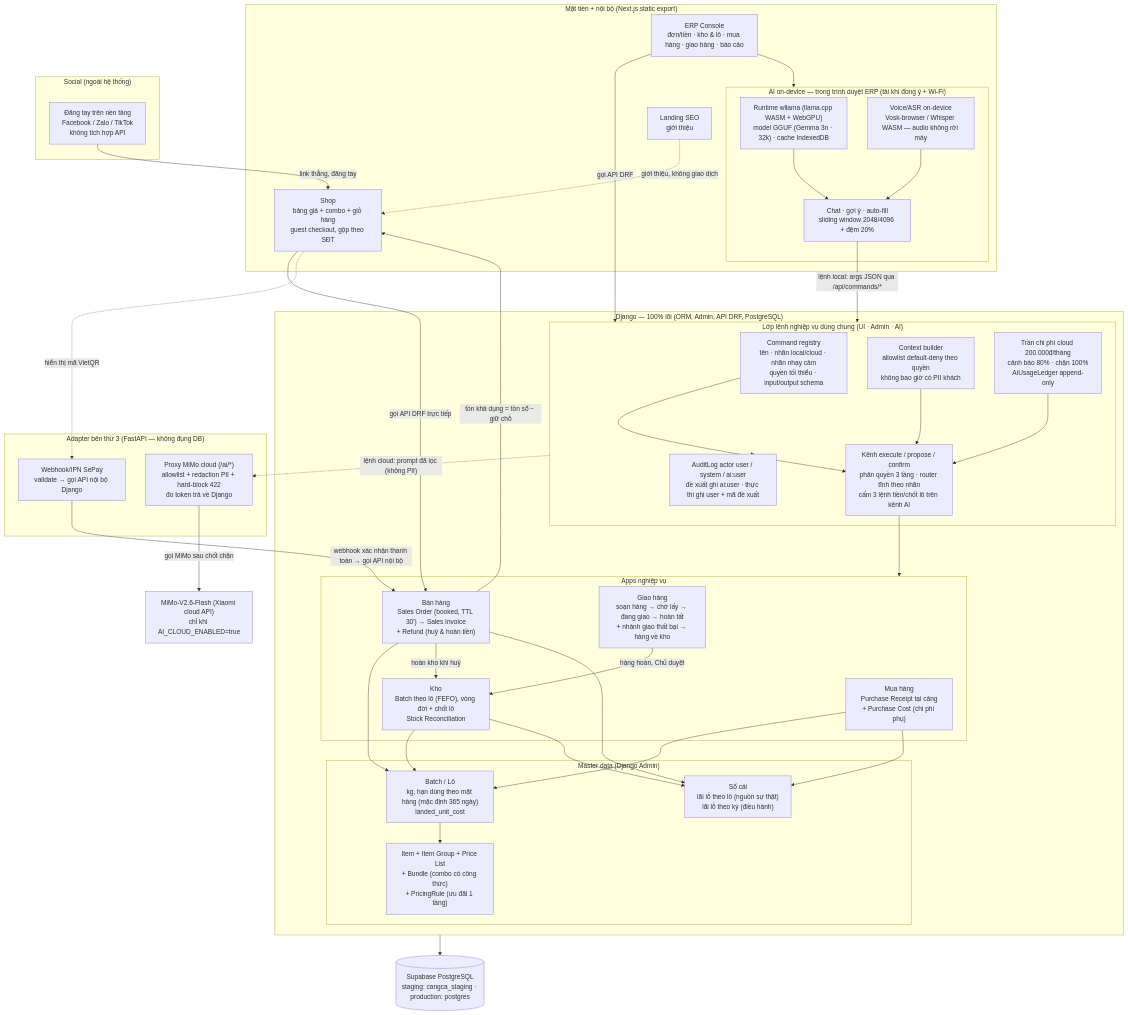
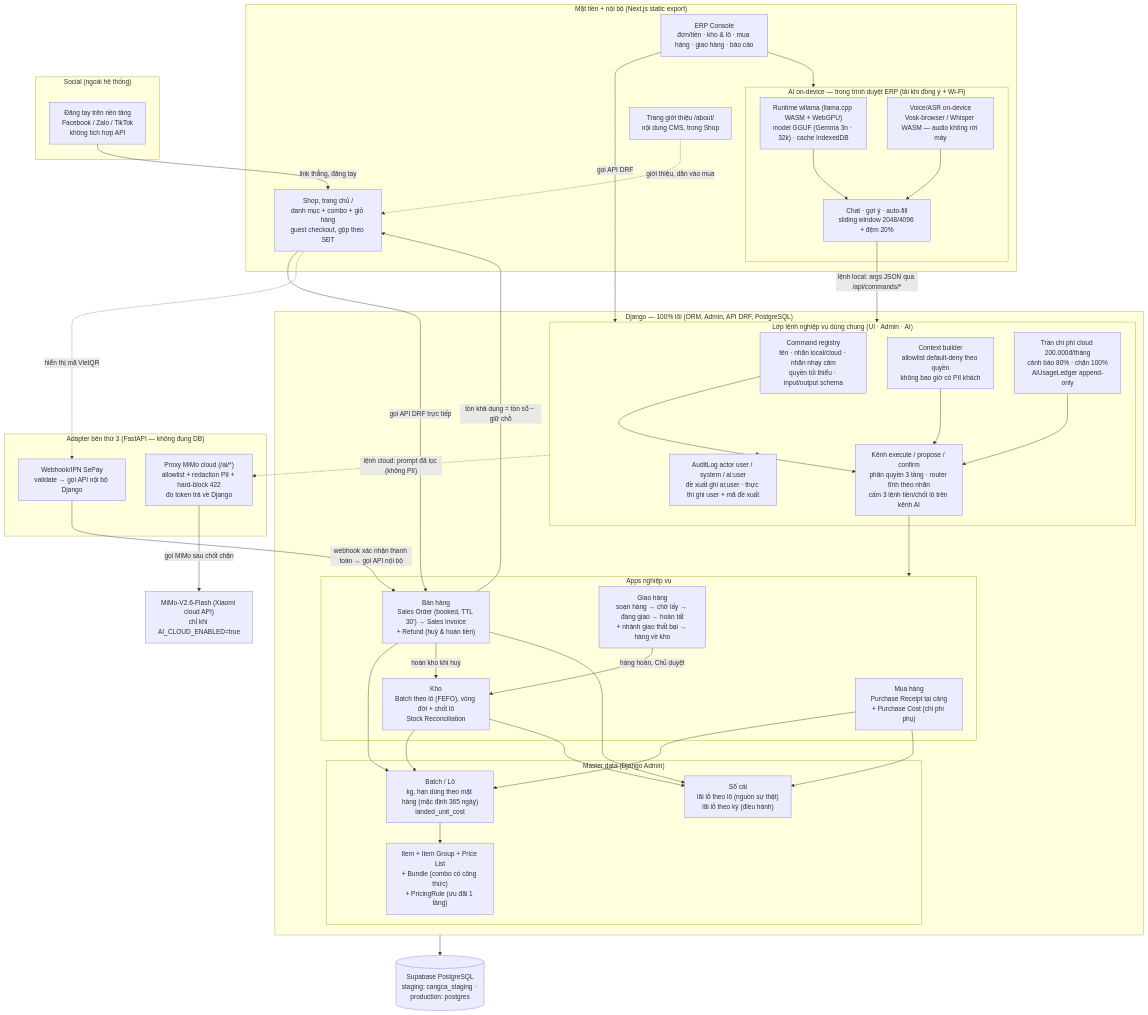
One commit to DuyduyFedev46/fish changed the diagram in doc/ecosystem-l1.md. Above: the diagram before and after it, drawn with Mermaid. The commit also changed other lines of this file and 86 other files, not shown here.

First line of the commit message:
doc: sửa tài liệu legacy theo rà soát 11/10 (94 mục)

````diff
--- a/doc/ecosystem-l1.md
+++ b/doc/ecosystem-l1.md
@@ -7,78 +9,78 @@
 ```mermaid
 flowchart TB
     subgraph FRONT["Mặt tiền + nội bộ (Next.js static export)"]
-        LANDING["Landing SEO<br/>giới thiệu"]
-        SHOP["Shop<br/>bảng giá + combo + giỏ hàng<br/>guest checkout, gộp theo SĐT"]
+        LANDING["Trang giới thiệu /about/<br/>nội dung CMS, trong Shop"]
+        SHOP["Shop, trang chủ /<br/>danh mục + combo + giỏ hàng<br/>guest checkout, gộp theo SĐT"]
         ERP["ERP Console<br/>đơn/tiền · kho & lô · mua hàng · giao hàng · báo cáo"]
         subgraph AIONDEV["AI on-device — trong trình duyệt ERP (tải khi đồng ý + Wi-Fi)"]
             WLLAMA["Runtime wllama (llama.cpp WASM + WebGPU)<br/>model GGUF (Gemma 3n · 32k) · cache IndexedDB"]
             ASR["Voice/ASR on-device<br/>Vosk-browser / Whisper WASM — audio không rời máy"]
             CHAT["Chat · gợi ý · auto-fill<br/>sliding window 2048/4096 + đệm 20%"]
         end
     end
 
     subgraph SOC["Social (ngoài hệ thống)"]
         SOCIAL["Đăng tay trên nền tảng<br/>Facebook / Zalo / TikTok<br/>không tích hợp API"]
     end
 
     subgraph ADAPTER["Adapter bên thứ 3 (FastAPI — không đụng DB)"]
         SEPAY["Webhook/IPN SePay<br/>validate → gọi API nội bộ Django"]
         MIMOPROXY["Proxy MiMo cloud (/ai/*)<br/>allowlist + redaction PII + hard-block 422<br/>đo token trả về Django"]
     end
 
     subgraph CORE["Django — 100% lõi (ORM, Admin, API DRF, PostgreSQL)"]
         subgraph CMDS["Lớp lệnh nghiệp vụ dùng chung (UI · Admin · AI)"]
             REG["Command registry<br/>tên · nhãn local/cloud · nhãn nhạy cảm<br/>quyền tối thiểu · input/output schema"]
             EXEC["Kênh execute / propose / confirm<br/>phân quyền 3 tầng · router tĩnh theo nhãn<br/>cấm 3 lệnh tiền/chốt lô trên kênh AI"]
             CTX["Context builder<br/>allowlist default-deny theo quyền<br/>không bao giờ có PII khách"]
             BUDGET["Trần chi phí cloud 200.000đ/tháng<br/>cảnh báo 80% · chặn 100%<br/>AiUsageLedger append-only"]
             AUDIT["AuditLog actor user / system / ai:user<br/>đề xuất ghi ai:user · thực thi ghi user + mã đề xuất"]
         end
         subgraph APPS["Apps nghiệp vụ"]
             MUA["Mua hàng<br/>Purchase Receipt tại cảng<br/>+ Purchase Cost (chi phí phụ)"]
             BAN["Bán hàng<br/>Sales Order (booked, TTL 30') → Sales Invoice<br/>+ Refund (huỷ & hoàn tiền)"]
             GIAO["Giao hàng<br/>soạn hàng → chờ lấy → đang giao → hoàn tất<br/>+ nhánh giao thất bại → hàng về kho"]
             KHO["Kho<br/>Batch theo lô (FEFO), vòng đời + chốt lô<br/>Stock Reconciliation"]
         end
         subgraph MASTER["Master data (Django Admin)"]
             ITEM["Item + Item Group + Price List<br/>+ Bundle (combo có công thức)<br/>+ PricingRule (ưu đãi 1 tầng)"]
             BATCH["Batch / Lô<br/>kg, hạn dùng theo mặt hàng (mặc định 365 ngày)<br/>landed_unit_cost"]
             LEDGER["Sổ cái<br/>lãi lỗ theo lô (nguồn sự thật)<br/>lãi lỗ theo kỳ (điều hành)"]
         end
     end
 
     DB[("Supabase PostgreSQL<br/>staging: cangca_staging · production: postgres")]
     MIMOCLOUD["MiMo-V2.6-Flash (Xiaomi cloud API)<br/>chỉ khi AI_CLOUD_ENABLED=true"]
 
     SOCIAL -->|link thẳng, đăng tay| SHOP
-    LANDING -.giới thiệu, không giao dịch.-> SHOP
+    LANDING -. "giới thiệu, dẫn vào mua" .-> SHOP
     SHOP -->|gọi API DRF trực tiếp| BAN
     ERP -->|gọi API DRF| CMDS
     ERP --> AIONDEV
     WLLAMA --> CHAT
     ASR --> CHAT
     CHAT -->|lệnh local: args JSON qua /api/commands/*| CMDS
 
     BAN -->|tồn khả dụng = tồn sổ − giữ chỗ| SHOP
     SHOP -.hiển thị mã VietQR.-> SEPAY
     SEPAY -->|webhook xác nhận thanh toán → gọi API nội bộ| BAN
 
     REG --> EXEC
     EXEC --> APPS
     CTX --> EXEC
     BUDGET --> EXEC
     CMDS --> AUDIT
     CMDS -.lệnh cloud: prompt đã lọc (không PII).-> MIMOPROXY
     MIMOPROXY -->|gọi MiMo sau chốt chặn| MIMOCLOUD
     CORE --> DB
 
     MUA --> BATCH
     BAN --> BATCH
     GIAO -->|hàng hoàn, Chủ duyệt| KHO
     BAN -->|hoàn kho khi huỷ| KHO
     KHO --> BATCH
     BATCH --> ITEM
     MUA --> LEDGER
     BAN --> LEDGER
     KHO --> LEDGER
 ```
````
